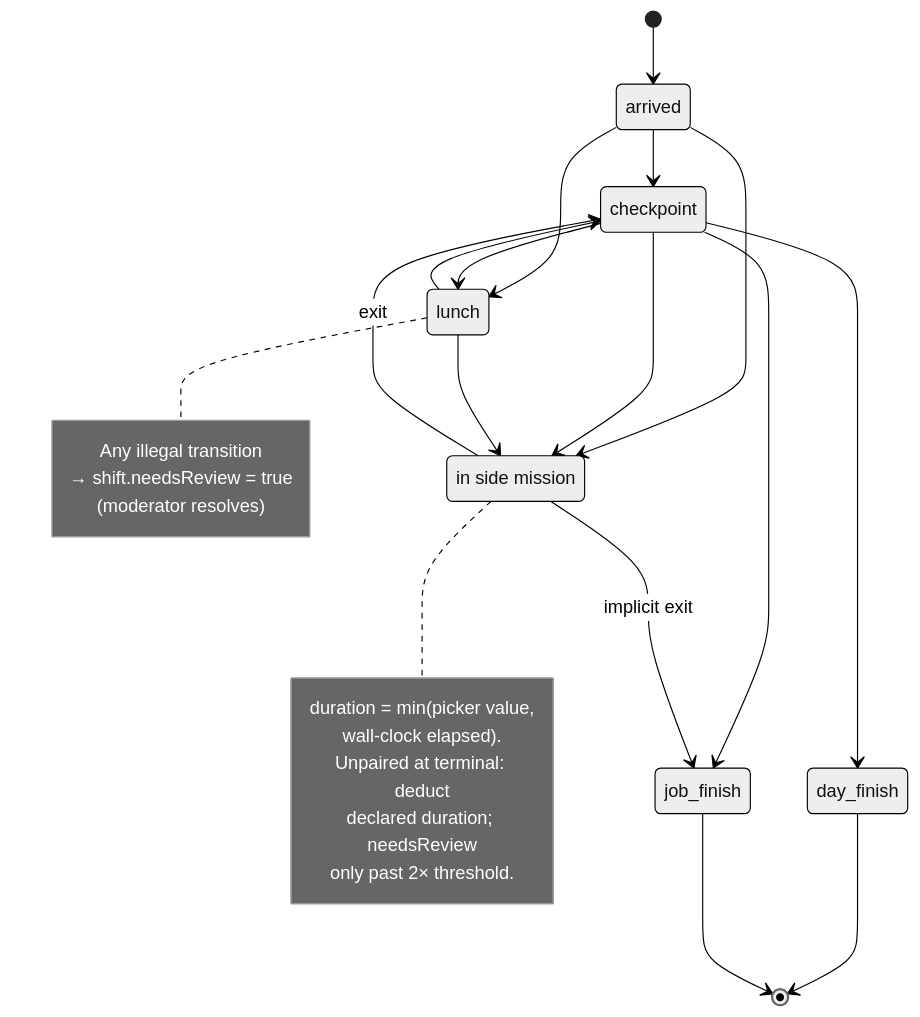
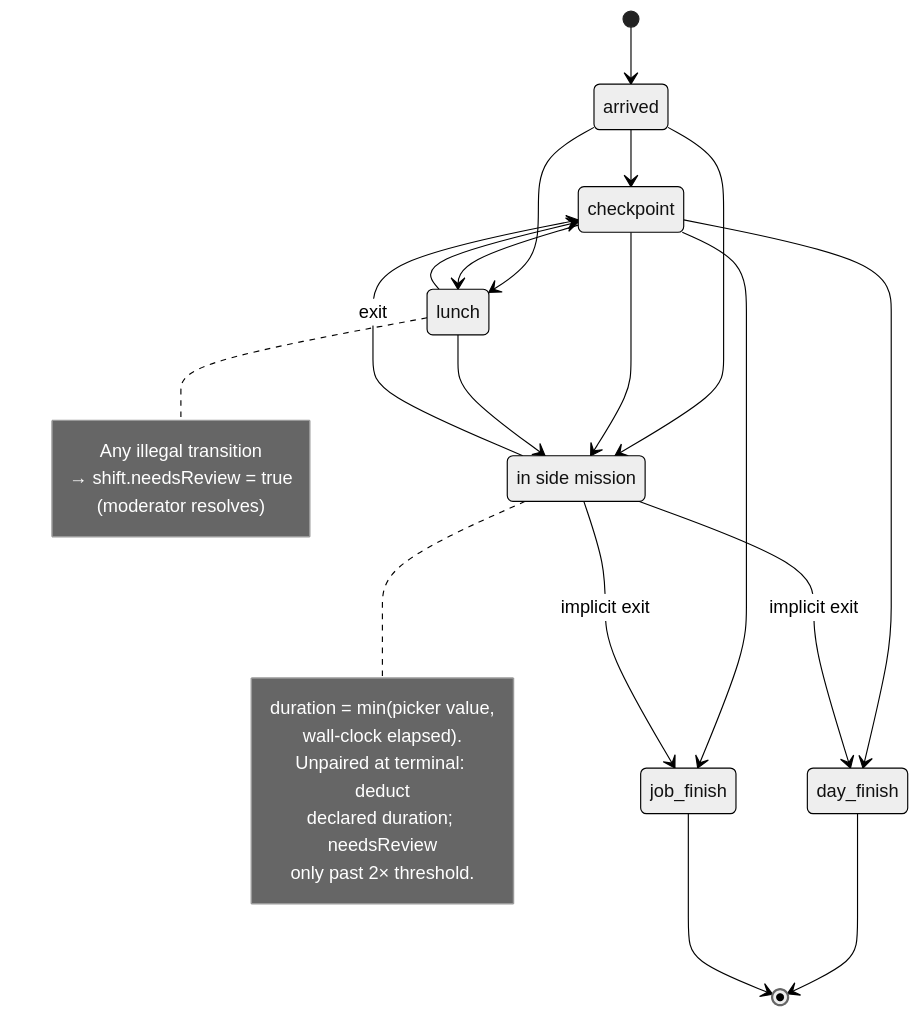
One commit to TeacherEvan/J-pay changed the fifth of 5 diagrams in j-pay.md. Above: the diagram before and after it, drawn with Mermaid (neutral theme). The commit also changed other lines of this file and 4 other files, not shown here.

Commit message:
docs(j-pay): v1.2.1 — sync ERD to schema, resolve review residue, extend gates

````diff
--- a/j-pay.md
+++ b/j-pay.md
@@ -430,30 +447,31 @@
 ```mermaid
 stateDiagram-v2
     [*] --> arrived
     arrived --> checkpoint
     arrived --> lunch
     checkpoint --> lunch
     lunch --> checkpoint
     checkpoint --> day_finish
     checkpoint --> job_finish
     day_finish --> [*]
     job_finish --> [*]
     state "in side mission" as side_mission
     arrived --> side_mission
     checkpoint --> side_mission
     lunch --> side_mission
     side_mission --> checkpoint : exit
     side_mission --> job_finish : implicit exit
+    side_mission --> day_finish : implicit exit
     note right of side_mission
         duration = min(picker value,
         wall-clock elapsed).
         Unpaired at terminal: deduct
         declared duration; needsReview
         only past 2× threshold.
     end note
     note right of lunch
         Any illegal transition
         → shift.needsReview = true
         (moderator resolves)
     end note
 ```
````
